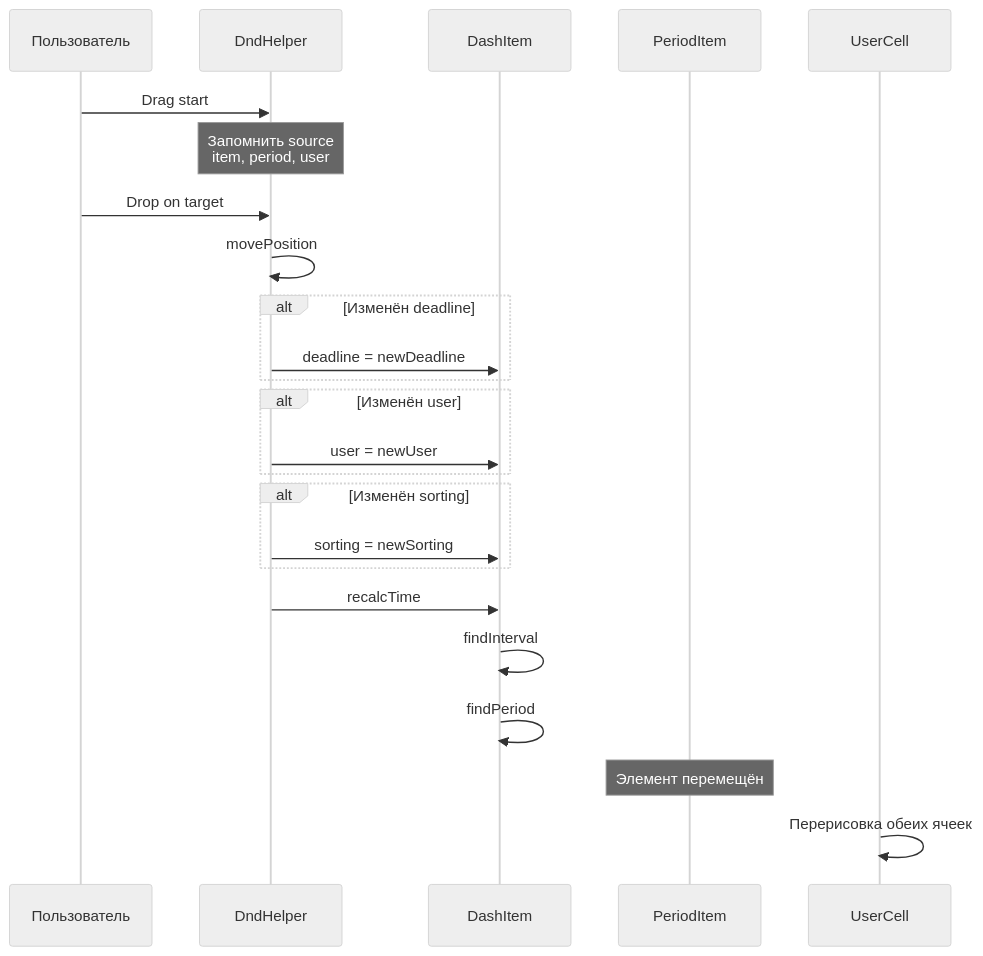
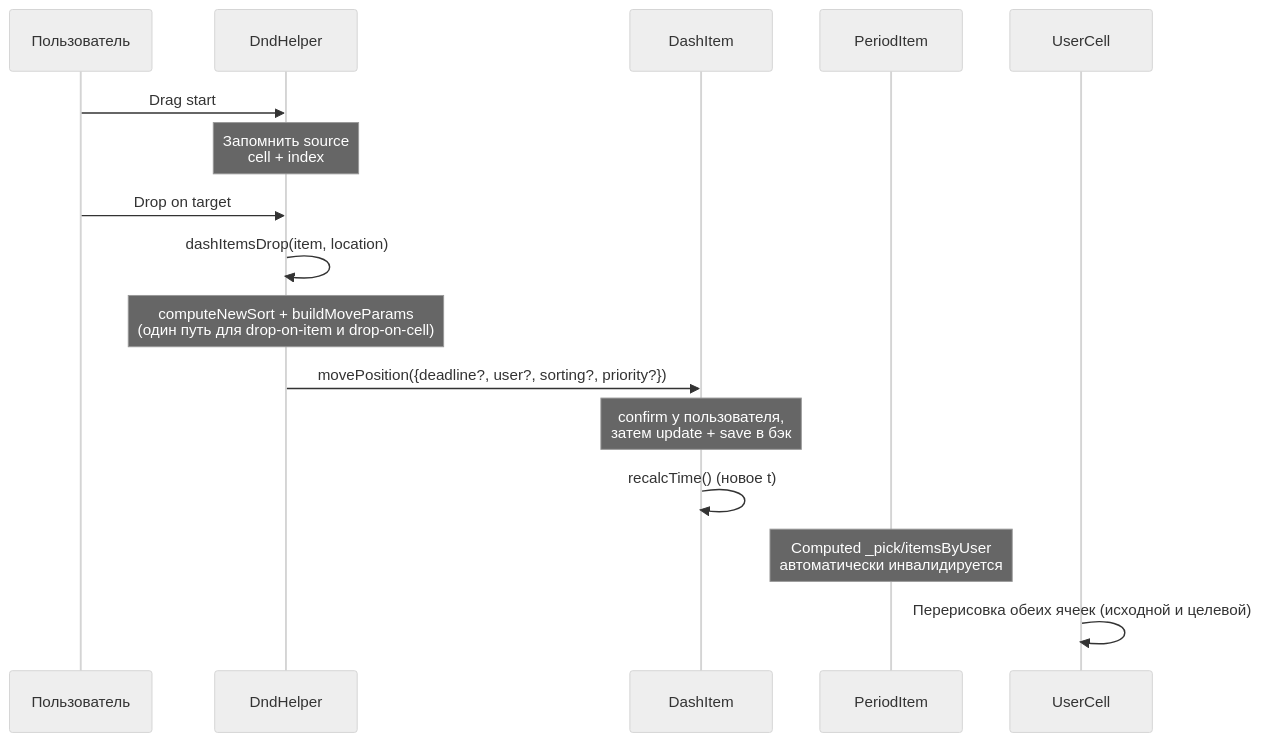
The seventh of 7 diagrams in docs/architecture.md (spo0okie/bxDash), drawn with Mermaid (neutral theme) before and after one commit. The commit also changed other lines of this file and 28 other files, not shown here.

````diff
--- a/docs/architecture.md
+++ b/docs/architecture.md
@@ -548,33 +529,23 @@
 ```mermaid
 sequenceDiagram
     participant User as Пользователь
     participant DnD as DndHelper
     participant Item as DashItem
     participant Period as PeriodItem
     participant Cell as UserCell
-    
+
     User->>DnD: Drag start
-    Note over DnD: Запомнить source<br/>item, period, user
-    
+    Note over DnD: Запомнить source<br/>cell + index
+
     User->>DnD: Drop on target
-    DnD->>DnD: movePosition
-    
-    alt Изменён deadline
-        DnD->>Item: deadline = newDeadline
-    end
-    
-    alt Изменён user
-        DnD->>Item: user = newUser
-    end
-    
-    alt Изменён sorting
-        DnD->>Item: sorting = newSorting
-    end
-    
-    DnD->>Item: recalcTime
-    Item->>Item: findInterval
-    Item->>Item: findPeriod
-    
-    Note over Period: Элемент перемещён
-    Cell->>Cell: Перерисовка обеих ячеек
+    DnD->>DnD: dashItemsDrop(item, location)
+    Note over DnD: computeNewSort + buildMoveParams<br/>(один путь для drop-on-item и drop-on-cell)
+
+    DnD->>Item: movePosition({deadline?, user?, sorting?, priority?})
+    Note over Item: confirm у пользователя,<br/>затем update + save в бэк
+
+    Item->>Item: recalcTime() (новое t)
+
+    Note over Period: Computed _pick/itemsByUser<br/>автоматически инвалидируется
+    Cell->>Cell: Перерисовка обеих ячеек (исходной и целевой)
 ```
````
